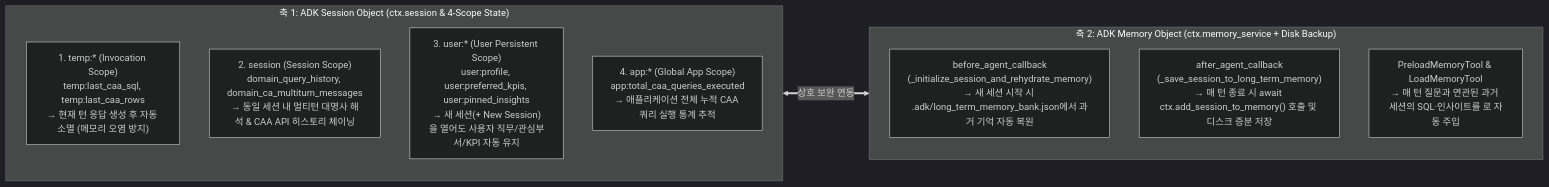
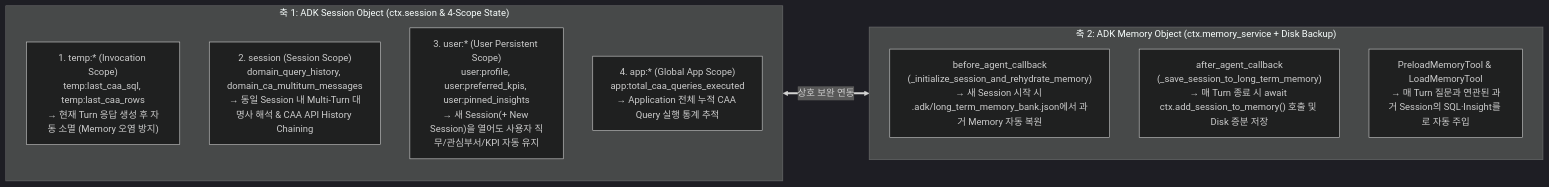
One commit to rhkim77/adk_with_bq_caa_lab changed the second of 2 diagrams in docs/ARCHITECTURE_DEEP_DIVE_KO.md. Above: the diagram before and after it, drawn with Mermaid (dark theme). The commit also changed other lines of this file and 3 other files, not shown here.

````diff
--- a/docs/ARCHITECTURE_DEEP_DIVE_KO.md
+++ b/docs/ARCHITECTURE_DEEP_DIVE_KO.md
@@ -93,17 +93,17 @@
 ```mermaid
 flowchart LR
   subgraph SessionObj["축 1: ADK Session Object (ctx.session & 4-Scope State)"]
-    S1["1. temp:* (Invocation Scope)<br/>temp:last_caa_sql, temp:last_caa_rows<br/>→ 현재 턴 응답 생성 후 자동 소멸 (메모리 오염 방지)"]
-    S2["2. session (Session Scope)<br/>domain_query_history, domain_ca_multiturn_messages<br/>→ 동일 세션 내 멀티턴 대명사 해석 & CAA API 히스토리 체이닝"]
-    S3["3. user:* (User Persistent Scope)<br/>user:profile, user:preferred_kpis, user:pinned_insights<br/>→ 새 세션(+ New Session)을 열어도 사용자 직무/관심부서/KPI 자동 유지"]
-    S4["4. app:* (Global App Scope)<br/>app:total_caa_queries_executed<br/>→ 애플리케이션 전체 누적 CAA 쿼리 실행 통계 추적"]
+    S1["1. temp:* (Invocation Scope)<br/>temp:last_caa_sql, temp:last_caa_rows<br/>→ 현재 Turn 응답 생성 후 자동 소멸 (Memory 오염 방지)"]
+    S2["2. session (Session Scope)<br/>domain_query_history, domain_ca_multiturn_messages<br/>→ 동일 Session 내 Multi-Turn 대명사 해석 & CAA API History Chaining"]
+    S3["3. user:* (User Persistent Scope)<br/>user:profile, user:preferred_kpis, user:pinned_insights<br/>→ 새 Session(+ New Session)을 열어도 사용자 직무/관심부서/KPI 자동 유지"]
+    S4["4. app:* (Global App Scope)<br/>app:total_caa_queries_executed<br/>→ Application 전체 누적 CAA Query 실행 통계 추적"]
   end
 
   subgraph MemoryObj["축 2: ADK Memory Object (ctx.memory_service + Disk Backup)"]
-    M1["before_agent_callback<br/>(_initialize_session_and_rehydrate_memory)<br/>→ 새 세션 시작 시 .adk/long_term_memory_bank.json에서 과거 기억 자동 복원"]
-    M2["after_agent_callback<br/>(_save_session_to_long_term_memory)<br/>→ 매 턴 종료 시 await ctx.add_session_to_memory() 호출 및 디스크 증분 저장"]
-    M3["PreloadMemoryTool & LoadMemoryTool<br/>→ 매 턴 질문과 연관된 과거 세션의 SQL·인사이트를 <PAST_CONVERSATIONS>로 자동 주입"]
+    M1["before_agent_callback<br/>(_initialize_session_and_rehydrate_memory)<br/>→ 새 Session 시작 시 .adk/long_term_memory_bank.json에서 과거 Memory 자동 복원"]
+    M2["after_agent_callback<br/>(_save_session_to_long_term_memory)<br/>→ 매 Turn 종료 시 await ctx.add_session_to_memory() 호출 및 Disk 증분 저장"]
+    M3["PreloadMemoryTool & LoadMemoryTool<br/>→ 매 Turn 질문과 연관된 과거 Session의 SQL·Insight를 <PAST_CONVERSATIONS>로 자동 주입"]
   end
 
   SessionObj <==>|"상호 보완 연동"| MemoryObj
 ```
````
